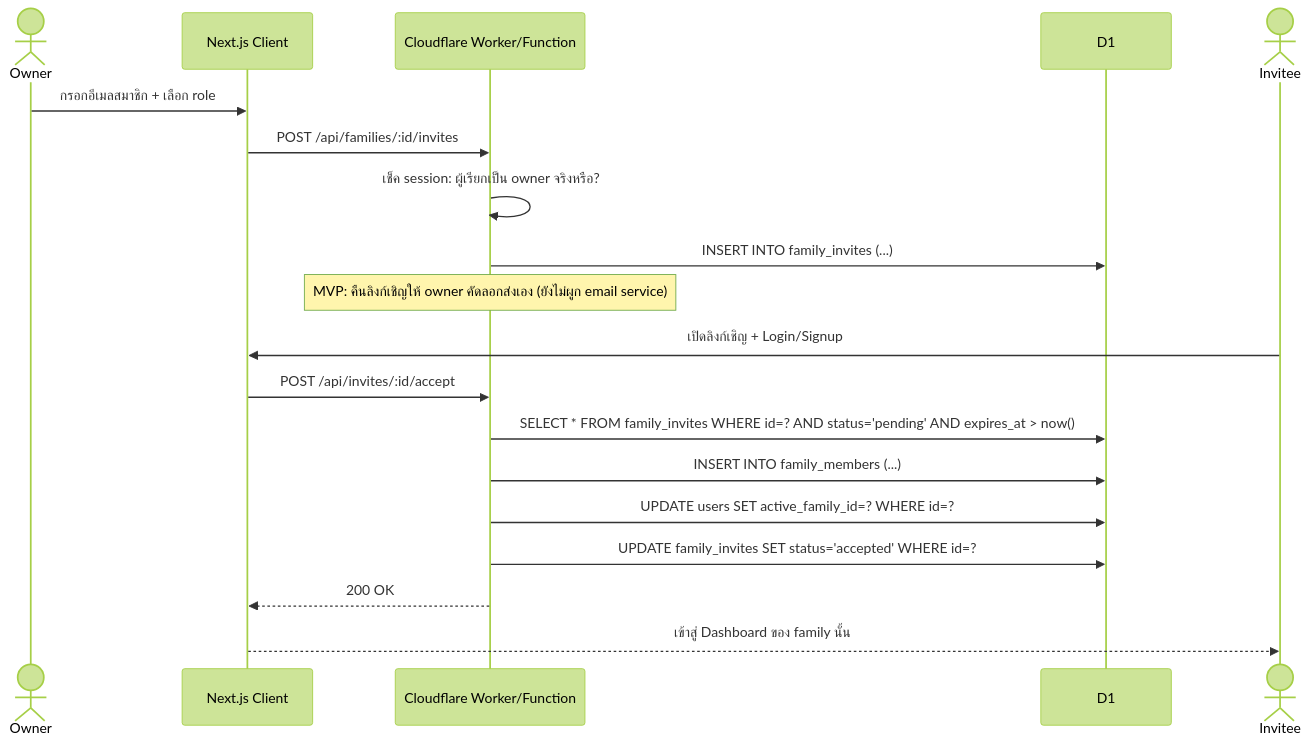
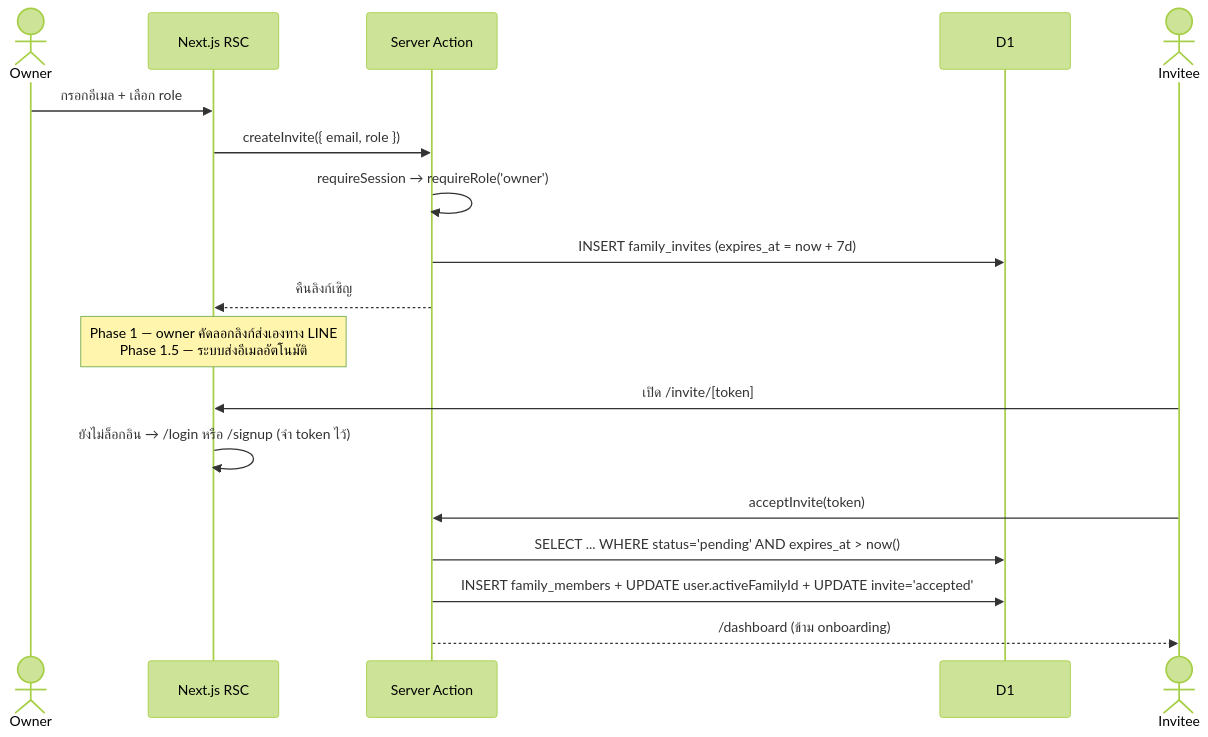
Before and after one commit to ppcpre/Precare: the third of 3 diagrams in docs/architecture.md, drawn with Mermaid (forest theme). The commit also changed other lines of this file and 1 other file, not shown here.

First line of the commit message:
T0.2: rewrite architecture.md for the actual stack

````diff
--- a/docs/architecture.md
+++ b/docs/architecture.md
@@ -238,22 +353,22 @@
 ```mermaid
 sequenceDiagram
     actor Owner
-    participant Next as Next.js Client
-    participant Worker as Cloudflare Worker/Function
+    participant App as Next.js RSC
+    participant Act as Server Action
     participant D1
 
-    Owner->>Next: กรอกอีเมลสมาชิก + เลือก role
-    Next->>Worker: POST /api/families/:id/invites
-    Worker->>Worker: เช็ค session: ผู้เรียกเป็น owner จริงหรือ?
-    Worker->>D1: INSERT INTO family_invites (...)
-    Note over Worker: MVP: คืนลิงก์เชิญให้ owner คัดลอกส่งเอง (ยังไม่ผูก email service)
+    Owner->>App: กรอกอีเมล + เลือก role
+    App->>Act: createInvite({ email, role })
+    Act->>Act: requireSession → requireRole('owner')
+    Act->>D1: INSERT family_invites (expires_at = now + 7d)
+    Act-->>App: คืนลิงก์เชิญ
+    Note over App: Phase 1 — owner คัดลอกลิงก์ส่งเองทาง LINE<br/>Phase 1.5 — ระบบส่งอีเมลอัตโนมัติ
+
     actor Invitee
-    Invitee->>Next: เปิดลิงก์เชิญ + Login/Signup
-    Next->>Worker: POST /api/invites/:id/accept
-    Worker->>D1: SELECT * FROM family_invites WHERE id=? AND status='pending' AND expires_at > now()
-    Worker->>D1: INSERT INTO family_members (...)
-    Worker->>D1: UPDATE users SET active_family_id=? WHERE id=?
-    Worker->>D1: UPDATE family_invites SET status='accepted' WHERE id=?
-    Worker-->>Next: 200 OK
-    Next-->>Invitee: เข้าสู่ Dashboard ของ family นั้น
+    Invitee->>App: เปิด /invite/[token]
+    App->>App: ยังไม่ล็อกอิน → /login หรือ /signup (จำ token ไว้)
+    Invitee->>Act: acceptInvite(token)
+    Act->>D1: SELECT ... WHERE status='pending' AND expires_at > now()
+    Act->>D1: INSERT family_members + UPDATE user.activeFamilyId + UPDATE invite='accepted'
+    Act-->>Invitee: /dashboard (ข้าม onboarding)
 ```
````
